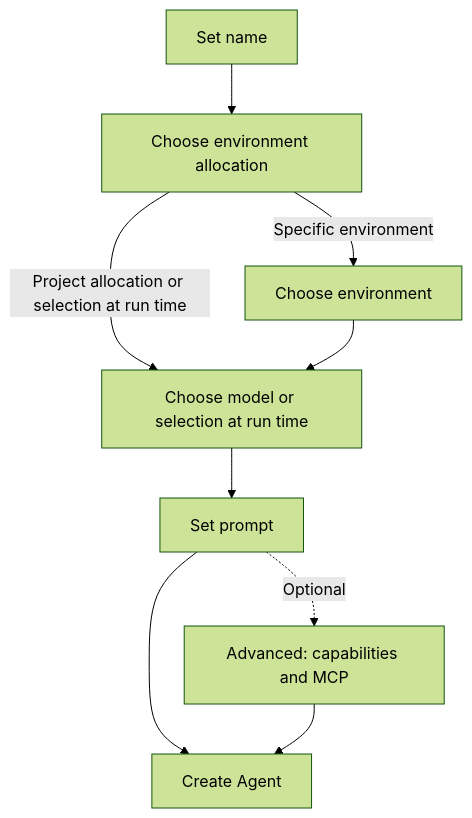
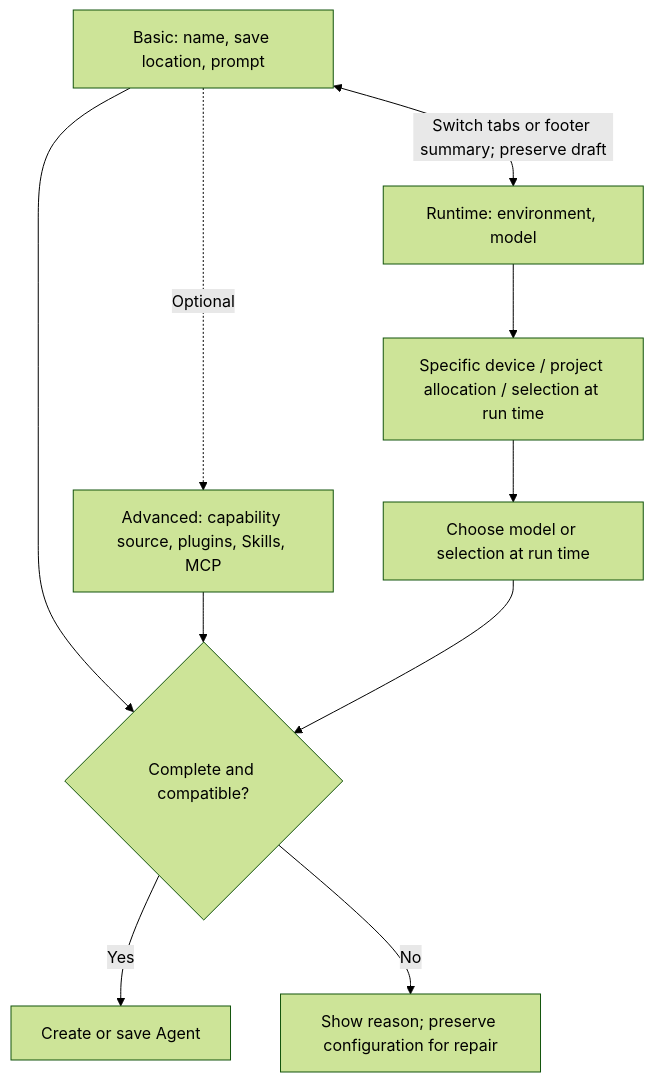
One commit to wecode-ai/Wegent changed the second of 9 diagrams in docs/en/developer-guide/runner-routing.md. Above: the diagram before and after it, drawn with Mermaid (forest theme). The commit also changed other lines of this file and 37 other files, not shown here.

````diff
--- a/docs/en/developer-guide/runner-routing.md
+++ b/docs/en/developer-guide/runner-routing.md
@@ -32,11 +40,12 @@
 ```mermaid
 flowchart TD
-    A[Set name] --> B[Choose environment allocation]
-    B -->|Specific environment| C[Choose environment]
-    B -->|Project allocation or selection at run time| D[Choose model or selection at run time]
-    C --> D
-    D --> E[Set prompt]
-    E --> F[Create Agent]
-    E -. Optional .-> G[Advanced: capabilities and MCP]
-    G --> F
+    A[Basic: name, save location, prompt] -. Optional .-> B[Advanced: capability source, plugins, Skills, MCP]
+    A <-->|Switch tabs or footer summary; preserve draft| C[Runtime: environment, model]
+    C --> D[Specific device / project allocation / selection at run time]
+    D --> E[Choose model or selection at run time]
+    A --> F{Complete and compatible?}
+    B --> F
+    E --> F
+    F -->|Yes| G[Create or save Agent]
+    F -->|No| H[Show reason; preserve configuration for repair]
 ```
````
